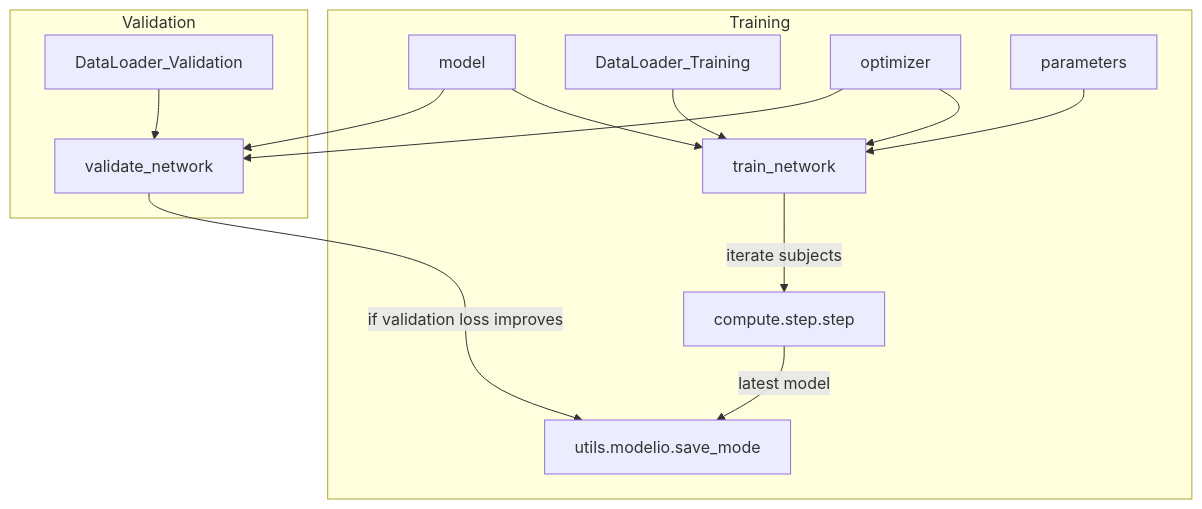
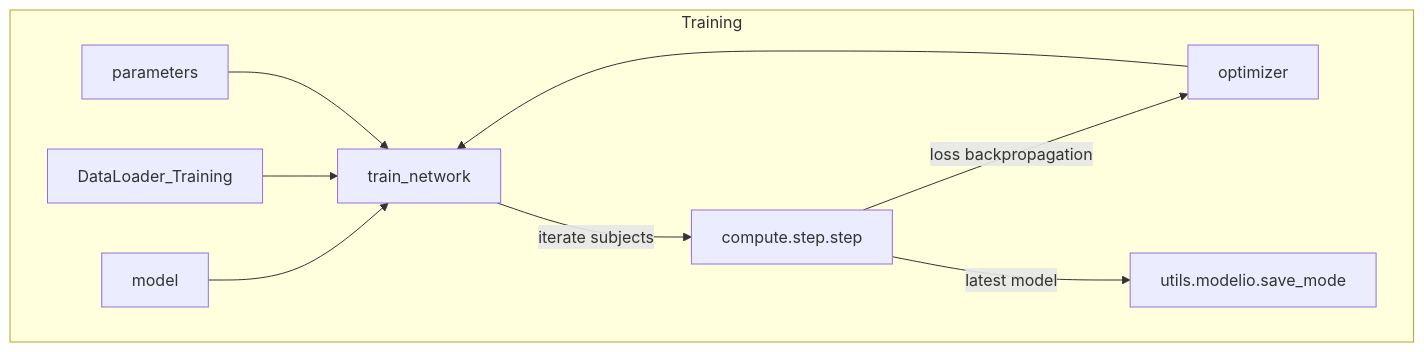
The third of 5 diagrams in docs/flowchart.md (szmazurek/GaNDLF), drawn with Mermaid before and after one commit. The commit also changed other lines of this file, not shown here.

````diff
--- a/docs/flowchart.md
+++ b/docs/flowchart.md
@@ -37,19 +35,13 @@
 ```mermaid
 flowchart TD
     subgraph Training
         model --> train_network
         DataLoader_Training --> train_network
         optimizer --> train_network
         parameters --> train_network
         train_network -->|iterate subjects| compute.step.step
+        compute.step.step -->|loss backpropagation| optimizer
         compute.step.step -->|latest model| utils.modelio.save_mode
     end
 
-    subgraph Validation
-        model --> validate_network
-        DataLoader_Validation --> validate_network
-        optimizer --> validate_network
-        validate_network -->|if validation loss improves| utils.modelio.save_mode
-    end
-
 ```
````
